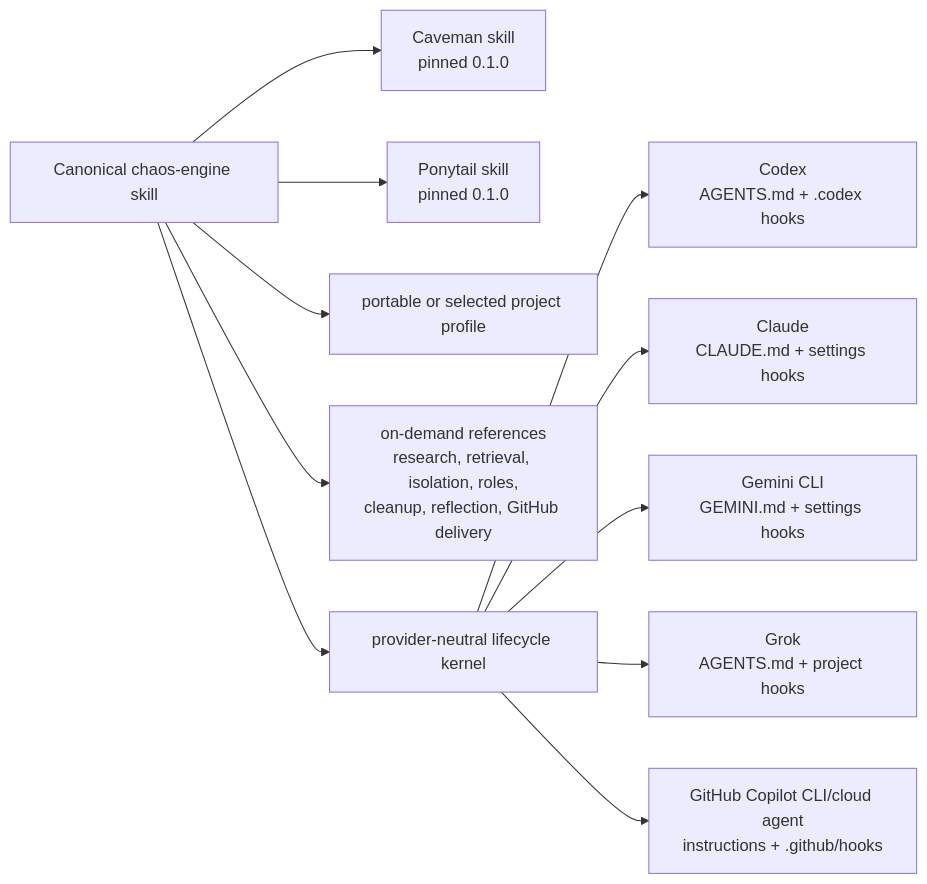
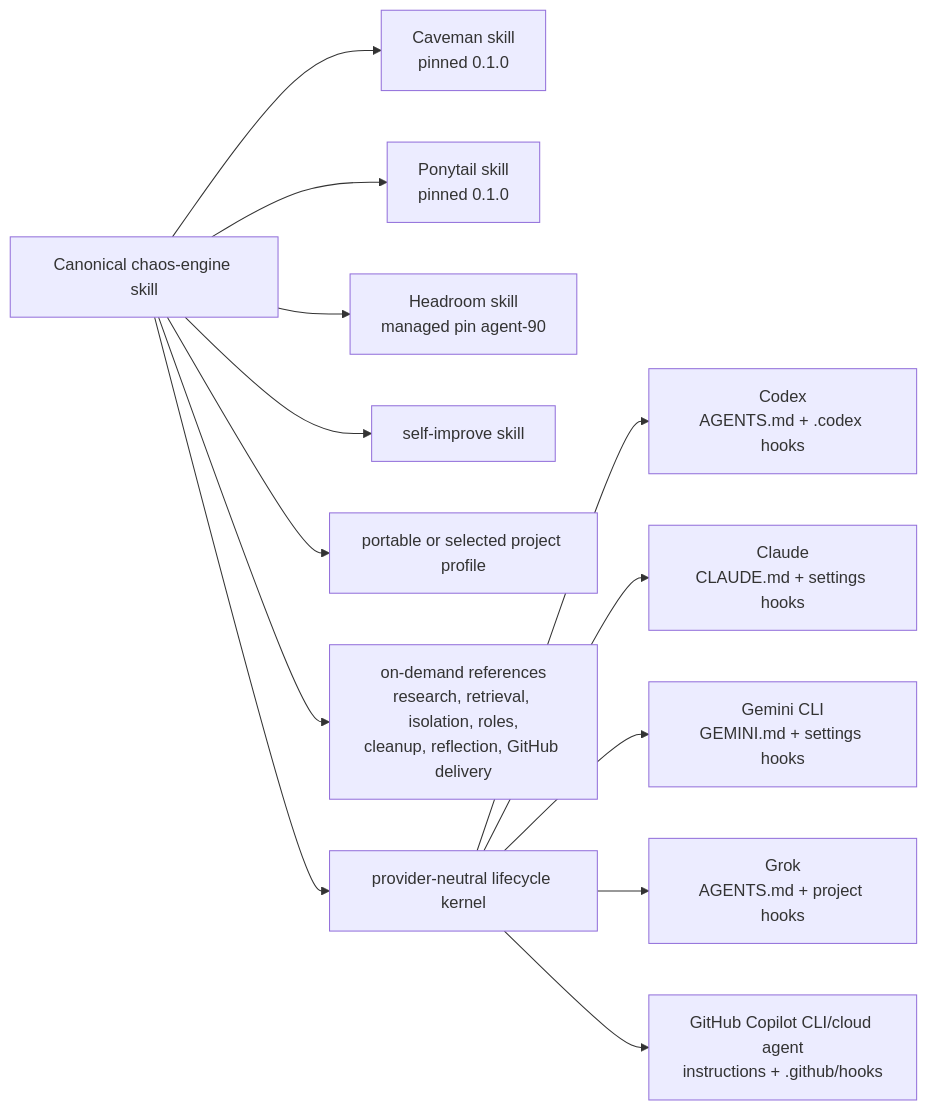
One commit to ShaftHQ/SHAFT_ENGINE changed the third of 13 diagrams in chaos-engine/README.md. Above: the diagram before and after it, drawn with Mermaid. The commit also changed other lines of this file and 32 other files, not shown here.

First line of the commit message:
[CE] Native Headroom (agent-90) + self-improve skill

````diff
--- a/chaos-engine/README.md
+++ b/chaos-engine/README.md
@@ -282,15 +282,17 @@
 ```mermaid
 flowchart LR
     accTitle: Canonical host adapter topology
     accDescr: One canonical skill and kernel project thin guidance and lifecycle adapters into five supported hosts.
     K["Canonical chaos-engine skill"] --> C["Caveman skill<br/>pinned 0.1.0"]
     K --> P["Ponytail skill<br/>pinned 0.1.0"]
+    K --> H["Headroom skill<br/>managed pin agent-90"]
+    K --> SI["self-improve skill"]
     K --> Profile["portable or selected project profile"]
     K --> Refs["on-demand references<br/>research, retrieval, isolation, roles,<br/>cleanup, reflection, GitHub delivery"]
     K --> Kernel["provider-neutral lifecycle kernel"]
     Kernel --> Codex["Codex<br/>AGENTS.md + .codex hooks"]
     Kernel --> Claude["Claude<br/>CLAUDE.md + settings hooks"]
     Kernel --> Gemini["Gemini CLI<br/>GEMINI.md + settings hooks"]
     Kernel --> Grok["Grok<br/>AGENTS.md + project hooks"]
     Kernel --> Copilot["GitHub Copilot CLI/cloud agent<br/>instructions + .github/hooks"]
 ```
````
